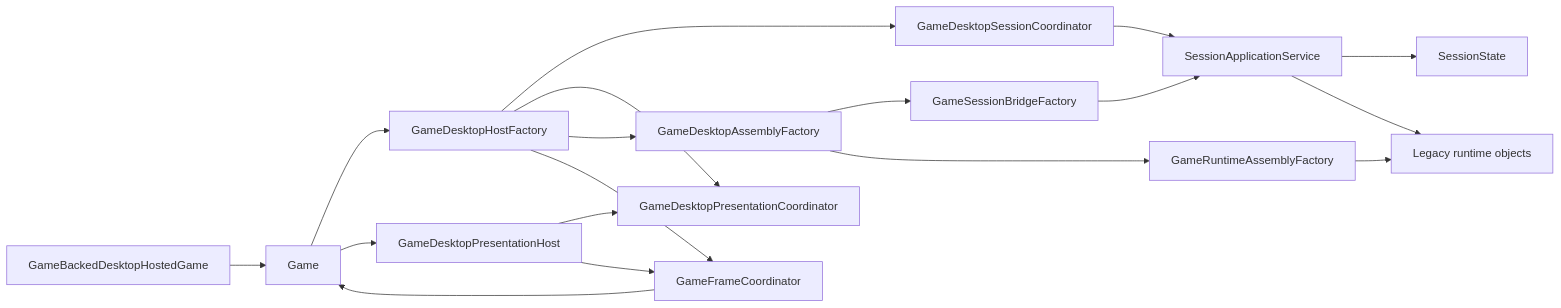
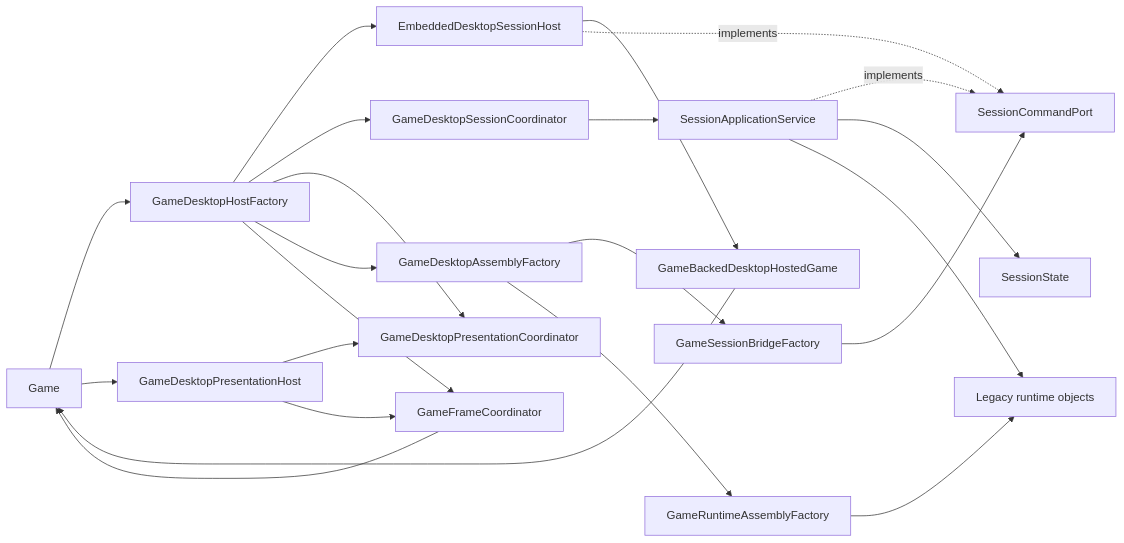
The third of 6 diagrams in docs/architecture-overview-diagrams.md (Jukkakot/MonopolyApp), drawn with Mermaid before and after one commit. The commit also changed other lines of this file and 4 other files, not shown here.

````diff
--- a/docs/architecture-overview-diagrams.md
+++ b/docs/architecture-overview-diagrams.md
@@ -227,34 +240,40 @@
 ```mermaid
 flowchart LR
     GAME[Game]
     HOSTEDADAPTER[GameBackedDesktopHostedGame]
     HOSTFACTORY[GameDesktopHostFactory]
+    EMBHOST[EmbeddedDesktopSessionHost]
     SHELLSESSION[GameDesktopSessionCoordinator]
     SHELLPRESENT[GameDesktopPresentationCoordinator]
     ASSEMBLY[GameDesktopAssemblyFactory]
     PRESENTATION[GameDesktopPresentationHost]
     SESSIONBRIDGE[GameSessionBridgeFactory]
     RUNTIME[GameRuntimeAssemblyFactory]
     FRAME[GameFrameCoordinator]
     APP[SessionApplicationService]
+    CMDPORT[SessionCommandPort]
     STATE[SessionState]
     LEGACY[Legacy runtime objects]
 
     GAME --> HOSTFACTORY
+    HOSTFACTORY --> EMBHOST
+    EMBHOST --> HOSTEDADAPTER
     HOSTEDADAPTER --> GAME
+    EMBHOST -.->|implements| CMDPORT
+    APP -.->|implements| CMDPORT
     HOSTFACTORY --> SHELLSESSION
     HOSTFACTORY --> SHELLPRESENT
     HOSTFACTORY --> ASSEMBLY
     GAME --> PRESENTATION
     PRESENTATION --> SHELLPRESENT
     PRESENTATION --> FRAME
     ASSEMBLY --> SESSIONBRIDGE
     ASSEMBLY --> RUNTIME
     HOSTFACTORY --> FRAME
-    SESSIONBRIDGE --> APP
+    SESSIONBRIDGE --> CMDPORT
     SHELLSESSION --> APP
     APP --> STATE
     RUNTIME --> LEGACY
     APP --> LEGACY
     FRAME --> GAME
 ```
````
